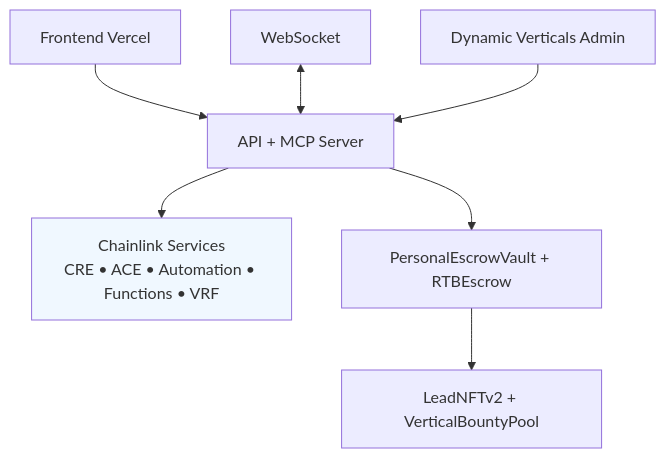
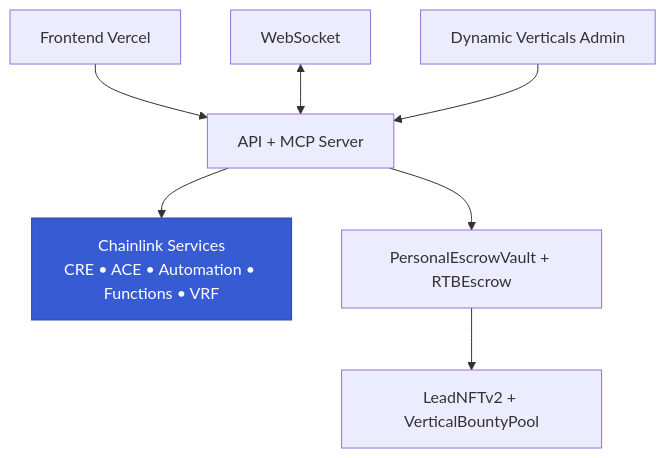
The second of 2 diagrams in README.md (bnmbnmai/lead-engine-cre), drawn with Mermaid before and after one commit.

Commit message:
docs: change Chainlink Services box to Chainlink blue in architecture diagram

````diff
--- a/README.md
+++ b/README.md
@@ -183,10 +183,10 @@
 ```mermaid
 graph TD
     A[Frontend Vercel] --> B[API + MCP Server]
     B --> C[Chainlink Services<br>CRE • ACE • Automation • Functions • VRF]
     B --> D[PersonalEscrowVault + RTBEscrow]
     D --> E[LeadNFTv2 + VerticalBountyPool]
     F[WebSocket] <--> B
     G[Dynamic Verticals Admin] --> B
-    style C fill:#f0f8ff
+    style C fill:#375BD2,color:#fff,stroke:#2a4aa0
 ```
````
